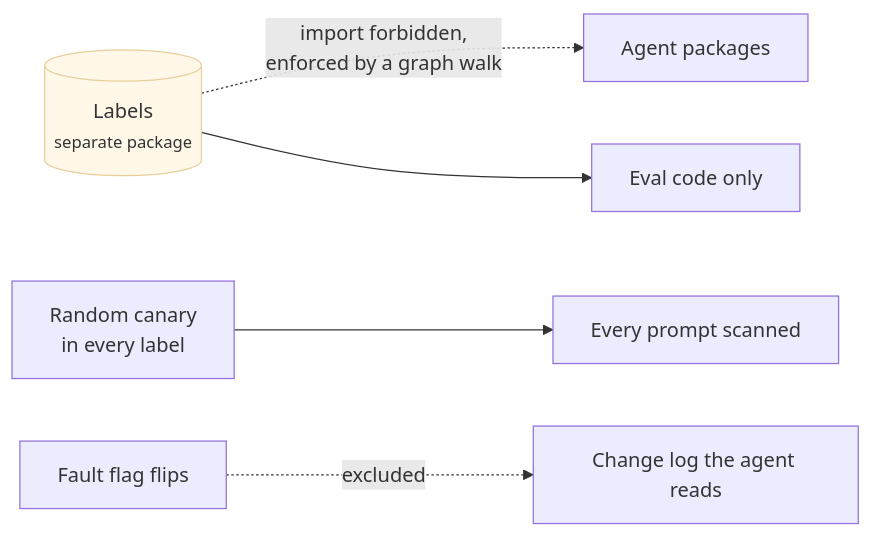
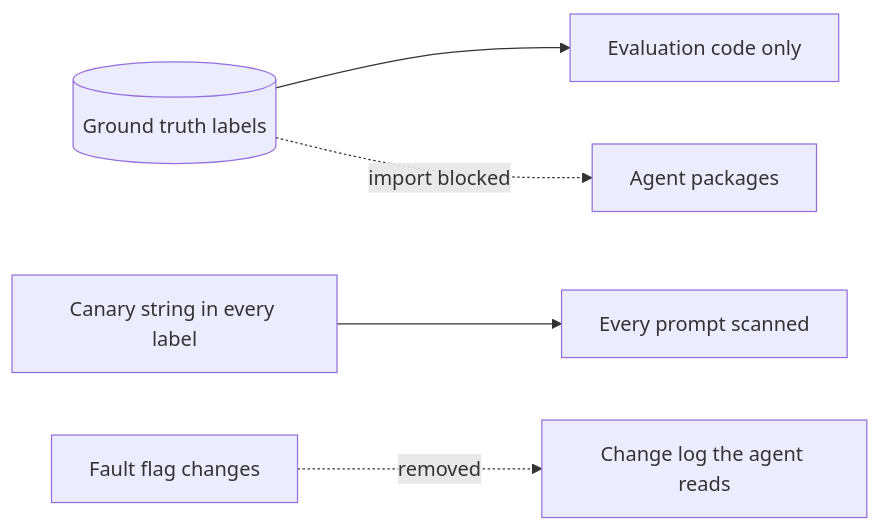
Before and after one commit to hoomanesteki/firebreak-ai-sre-agent: the fifth of 5 diagrams in explainer/design.qmd, drawn with Mermaid. The commit also changed other lines of this file and 4 other files, not shown here.

First line of the commit message:
fix(site): make the diagrams render and the prose plain

````diff
--- a/explainer/design.qmd
+++ b/explainer/design.qmd
@@ -146,8 +139,7 @@
 ```{mermaid}
 flowchart LR
-  L[("Labels<br/><small>separate package</small>")] -.->|"import forbidden,<br/>enforced by a graph walk"| A["Agent packages"]
-  L --> EV["Eval code only"]
-  CAN["Random canary<br/>in every label"] --> SCAN["Every prompt scanned"]
-  FLAG["Fault flag flips"] -.->|"excluded"| CHG["Change log the agent reads"]
-  style L fill:#fff8e8,stroke:#e6cf9a
+  LABELS[(Ground truth labels)] --> EVAL[Evaluation code only]
+  LABELS -. import blocked .-> AGENT[Agent packages]
+  CANARY[Canary string in every label] --> SCAN[Every prompt scanned]
+  FLAGS[Fault flag changes] -. removed .-> LOG[Change log the agent reads]
 ```
````
